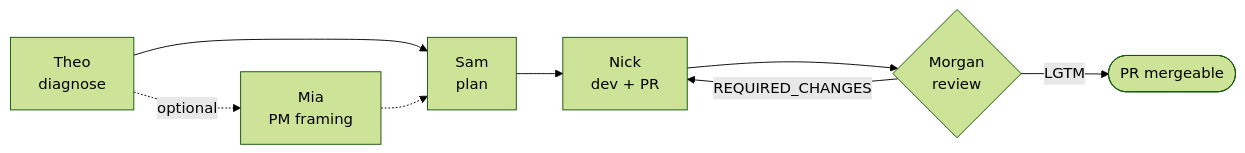
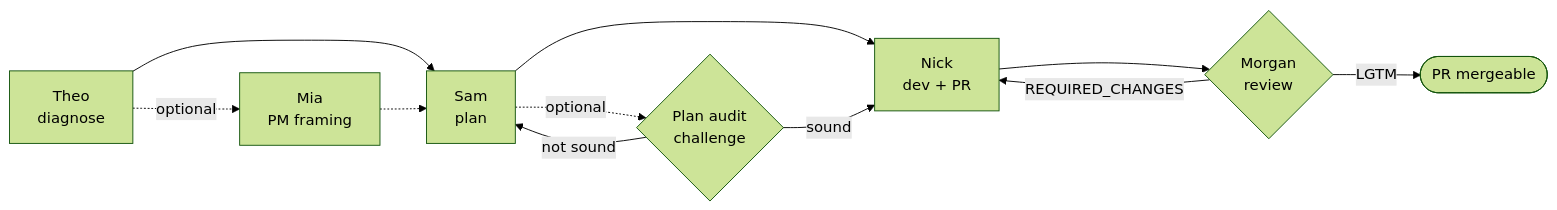
The diagram in README.md (Zigzag968/claude-code-lgtmgate), drawn with Mermaid (forest theme) before and after one commit.

Commit message:
docs: show the planAudit <-> Sam loop in the flowchart (#55)
planAudit was documented in prose (4 mentions across the doc) but
absent from the "How it works" diagram, which only showed a straight
Theo->Sam->Nick->Morgan line. Adds the optional branch, same dotted
convention already used for Mia: Sam can route through a Plan audit
challenge, which either sends the plan back to Sam or lets it through
to Nick.

````diff
--- a/README.md
+++ b/README.md
@@ -14,9 +14,12 @@
 ```mermaid
 flowchart LR
     Theo["Theo<br/>diagnose"] --> Sam["Sam<br/>plan"]
     Theo -. optional .-> Mia["Mia<br/>PM framing"] -.-> Sam
     Sam --> Nick["Nick<br/>dev + PR"]
+    Sam -. optional .-> Audit{"Plan audit<br/>challenge"}
+    Audit -- not sound --> Sam
+    Audit -- sound --> Nick
     Nick --> Morgan{"Morgan<br/>review"}
     Morgan -- REQUIRED_CHANGES --> Nick
     Morgan -- LGTM --> Merge(["PR mergeable"])
 ```
````
